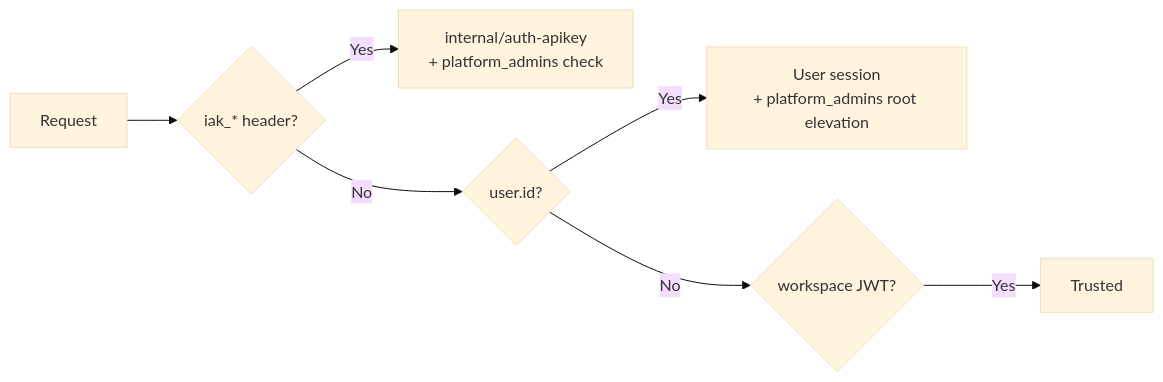
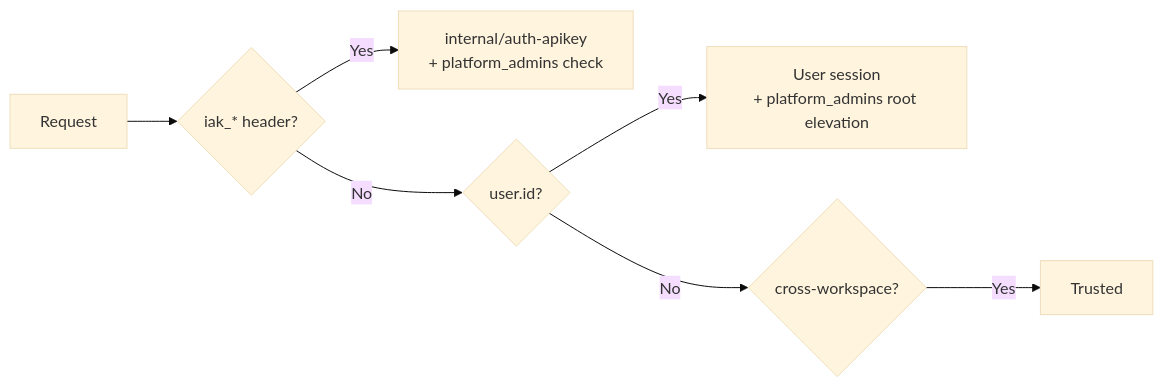
One commit to prismeai/docs changed the third of 6 diagrams in architecture/authentication.mdx. Above: the diagram before and after it, drawn with Mermaid (base theme). The commit also changed other lines of this file and 33 other files, not shown here.

````diff
--- a/architecture/authentication.mdx
+++ b/architecture/authentication.mdx
@@ -110,9 +172,9 @@
 ```mermaid
 flowchart LR
     REQ[Request] --> IAK{iak_* header?}
     IAK -->|Yes| BUILT[internal/auth-apikey\n+ platform_admins check]
     IAK -->|No| UID{user.id?}
     UID -->|Yes| SESS[User session\n+ platform_admins root elevation]
-    UID -->|No| WS{workspace JWT?}
+    UID -->|No| WS{cross-workspace?}
     WS -->|Yes| TRUST[Trusted]
 ```
````
